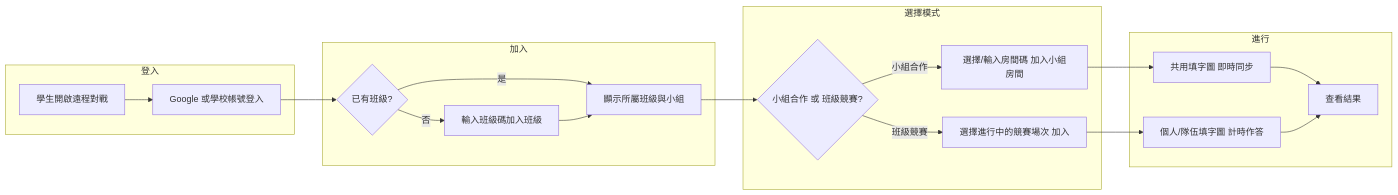
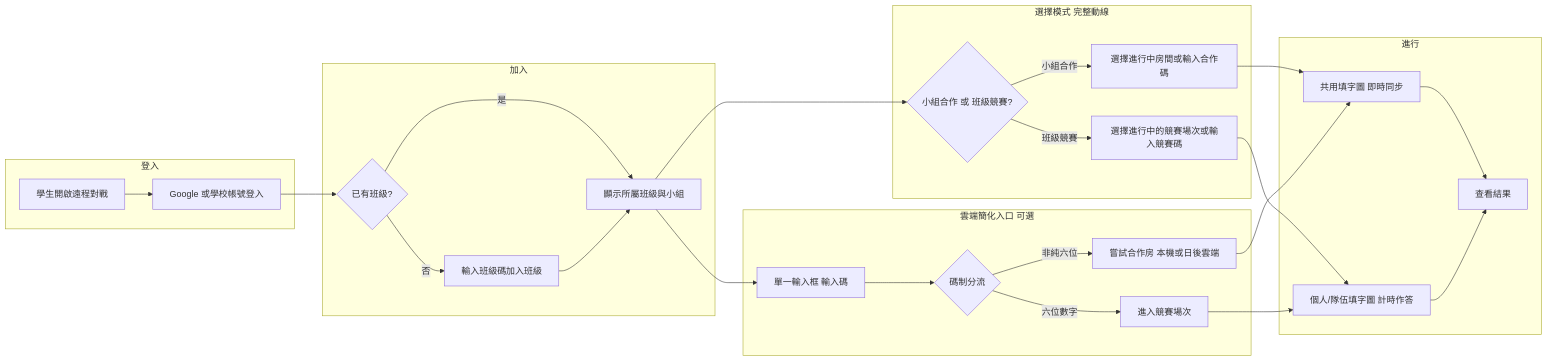
One commit to liuxiaoning1201-cloud/ningning changed the first of 2 diagrams in apps/中文填字接龍/docs/遠程對戰說明書.md. Above: the diagram before and after it, drawn with Mermaid. The commit also changed other lines of this file and 5 other files, not shown here.

````diff
--- a/apps/中文填字接龍/docs/遠程對戰說明書.md
+++ b/apps/中文填字接龍/docs/遠程對戰說明書.md
@@ -127,23 +205,31 @@
 ```mermaid
 flowchart LR
   subgraph login [登入]
     A[學生開啟遠程對戰] --> B[Google 或學校帳號登入]
   end
   subgraph join [加入]
     B --> C{已有班級?}
     C -->|否| D[輸入班級碼加入班級]
     C -->|是| E[顯示所屬班級與小組]
     D --> E
   end
-  subgraph mode [選擇模式]
+  subgraph cloud [雲端簡化入口 可選]
+    E --> X[單一輸入框 輸入碼]
+    X --> Y{碼制分流}
+    Y -->|六位數字| H2[進入競賽場次]
+    Y -->|非純六位| G2[嘗試合作房 本機或日後雲端]
+  end
+  subgraph mode [選擇模式 完整動線]
     E --> F{小組合作 或 班級競賽?}
-    F -->|小組合作| G[選擇/輸入房間碼 加入小組房間]
-    F -->|班級競賽| H[選擇進行中的競賽場次 加入]
+    F -->|小組合作| G[選擇進行中房間或輸入合作碼]
+    F -->|班級競賽| H[選擇進行中的競賽場次或輸入競賽碼]
   end
   subgraph play [進行]
     G --> I[共用填字圖 即時同步]
     H --> J[個人/隊伍填字圖 計時作答]
+    G2 --> I
+    H2 --> J
     I --> K[查看結果]
     J --> K
   end
 ```
````
